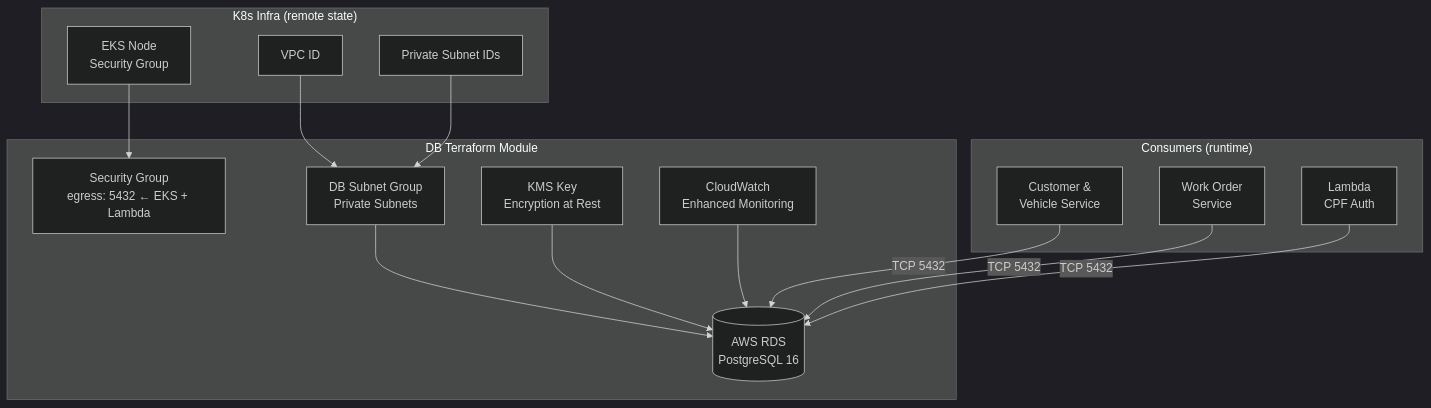
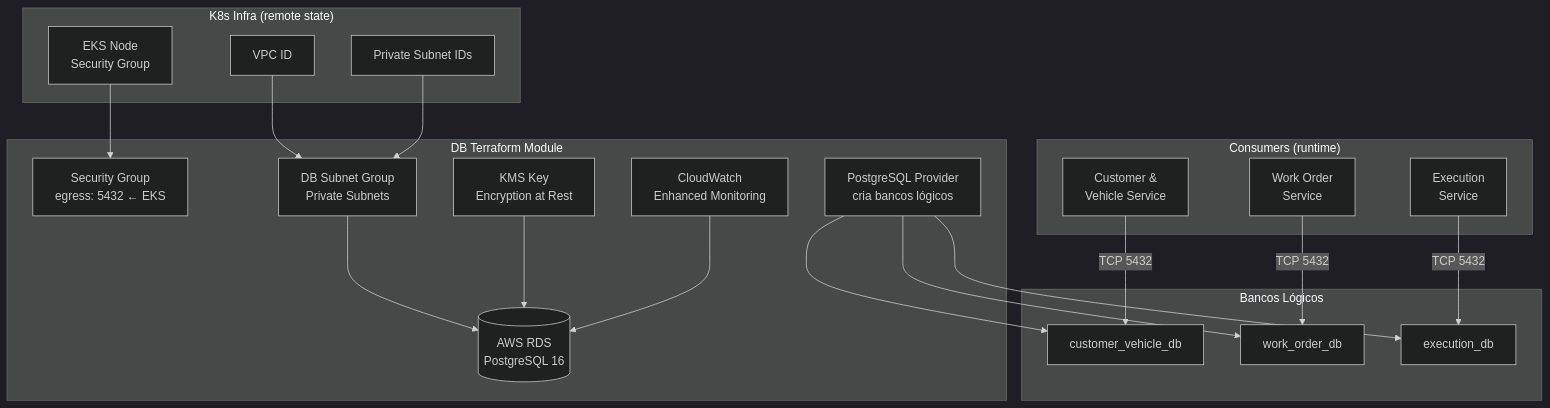
Before and after one commit to vctrlima/fiap-13soat-auto-repair-shop-db: the first of 2 diagrams in README.md, drawn with Mermaid (dark theme). The commit also changed other lines of this file and 6 other files, not shown here.

Commit message:
docs: update README.md and ADR for database structure and architectural decisions refactor: modify initial schema and remove cross-service foreign keys terraform: adjust database names and add PostgreSQL provider for additional databases

````diff
--- a/README.md
+++ b/README.md
@@ -153,33 +152,41 @@
 ```mermaid
 graph TD
     subgraph "K8s Infra (remote state)"
         VPC[VPC ID]
         Subnets[Private Subnet IDs]
         EKS_SG[EKS Node\nSecurity Group]
     end
 
     subgraph "DB Terraform Module"
-        SG[Security Group\negress: 5432 ← EKS + Lambda]
+        SG[Security Group\negress: 5432 ← EKS]
         SubnetGroup[DB Subnet Group\nPrivate Subnets]
         RDS[(AWS RDS\nPostgreSQL 16)]
         KMS[KMS Key\nEncryption at Rest]
         CW[CloudWatch\nEnhanced Monitoring]
+        PG_PROVIDER[PostgreSQL Provider\ncria bancos lógicos]
+    end
+
+    subgraph "Bancos Lógicos"
+        DB_CV[customer_vehicle_db]
+        DB_WO[work_order_db]
+        DB_EX[execution_db]
     end
 
     subgraph "Consumers (runtime)"
         CVS[Customer &\nVehicle Service]
         WOS[Work Order\nService]
-        Lambda[Lambda\nCPF Auth]
+        EXS[Execution\nService]
     end
 
     VPC --> SubnetGroup
     Subnets --> SubnetGroup
     EKS_SG --> SG
     SubnetGroup --> RDS
     KMS --> RDS
     CW --> RDS
+    PG_PROVIDER --> DB_CV & DB_WO & DB_EX
 
-    CVS -->|TCP 5432| RDS
-    WOS -->|TCP 5432| RDS
-    Lambda -->|TCP 5432| RDS
+    CVS -->|TCP 5432| DB_CV
+    WOS -->|TCP 5432| DB_WO
+    EXS -->|TCP 5432| DB_EX
 ```
````
